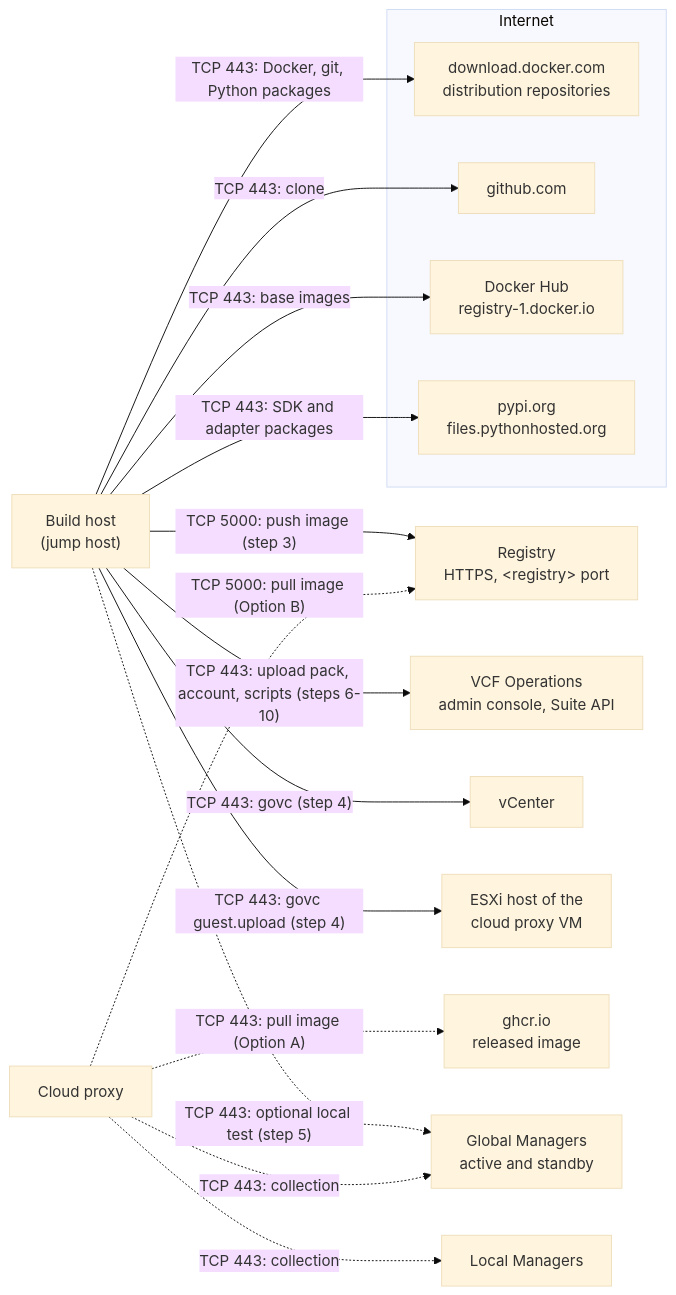
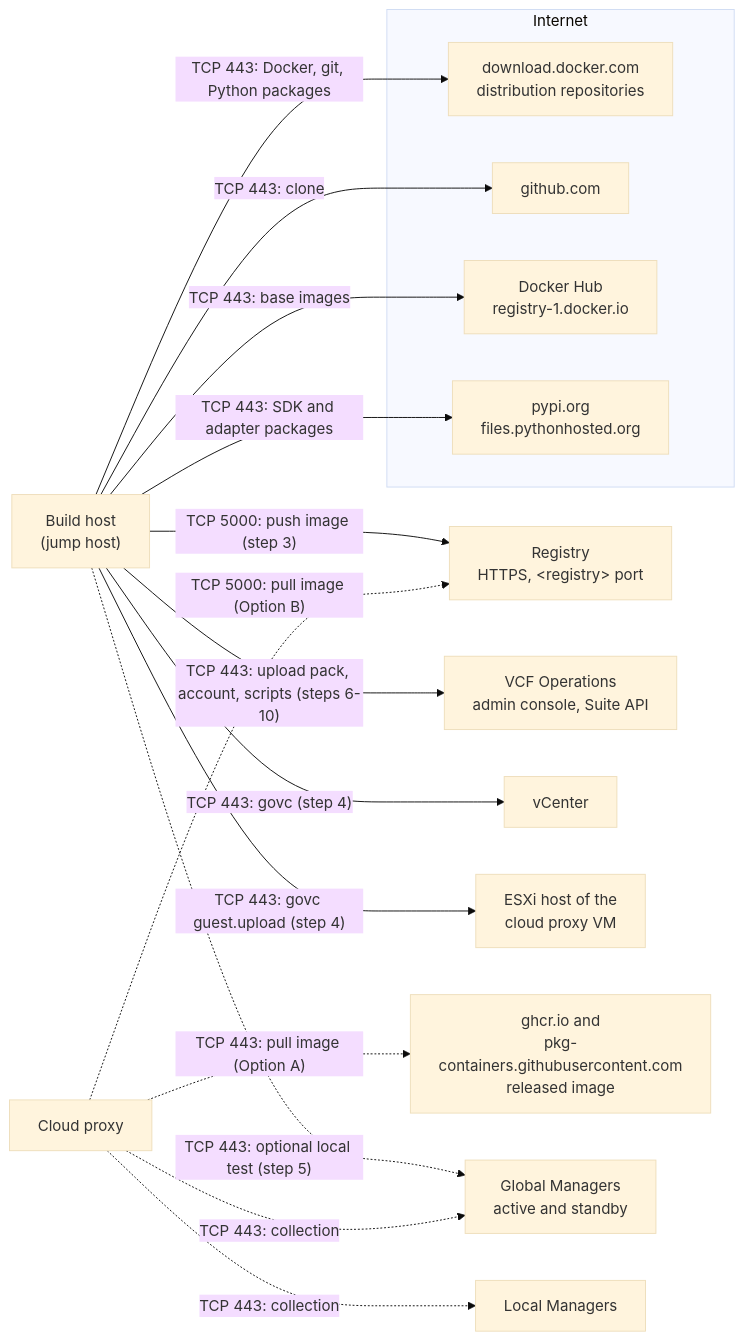
Before and after one commit to sorinplaton/vcf-ops-nsx-federation-mp: the diagram in docs/INSTALL.md, drawn with Mermaid (base theme). The commit also changed other lines of this file and 4 other files, not shown here.

First line of the commit message:
Install guide: verify cosign signatures, mirror variant, pkg-containers host

````diff
--- a/docs/INSTALL.md
+++ b/docs/INSTALL.md
@@ -41,32 +41,32 @@
 ```mermaid
 flowchart LR
   subgraph NET["Internet"]
     PKG["download.docker.com<br/>distribution repositories"]
     GH["github.com"]
     HUB["Docker Hub<br/>registry-1.docker.io"]
     PYPI["pypi.org<br/>files.pythonhosted.org"]
   end
   BH["Build host<br/>(jump host)"]
   REG["Registry<br/>HTTPS, &lt;registry&gt; port"]
   OPS["VCF Operations<br/>admin console, Suite API"]
   VC["vCenter"]
   ESX["ESXi host of the<br/>cloud proxy VM"]
   CP["Cloud proxy"]
-  GHCR["ghcr.io<br/>released image"]
+  GHCR["ghcr.io and<br/>pkg-containers.githubusercontent.com<br/>released image"]
   GM["Global Managers<br/>active and standby"]
   LM["Local Managers"]
 
   BH -->|"TCP 443: Docker, git, Python packages"| PKG
   BH -->|"TCP 443: clone"| GH
   BH -->|"TCP 443: base images"| HUB
   BH -->|"TCP 443: SDK and adapter packages"| PYPI
   BH -->|"TCP 5000: push image (step 3)"| REG
   BH -->|"TCP 443: upload pack, account, scripts (steps 6-10)"| OPS
   BH -->|"TCP 443: govc (step 4)"| VC
   BH -->|"TCP 443: govc guest.upload (step 4)"| ESX
   BH -.->|"TCP 443: optional local test (step 5)"| GM
   CP -.->|"TCP 5000: pull image (Option B)"| REG
   CP -.->|"TCP 443: pull image (Option A)"| GHCR
   CP -.->|"TCP 443: collection"| GM
   CP -.->|"TCP 443: collection"| LM
 ```
````
